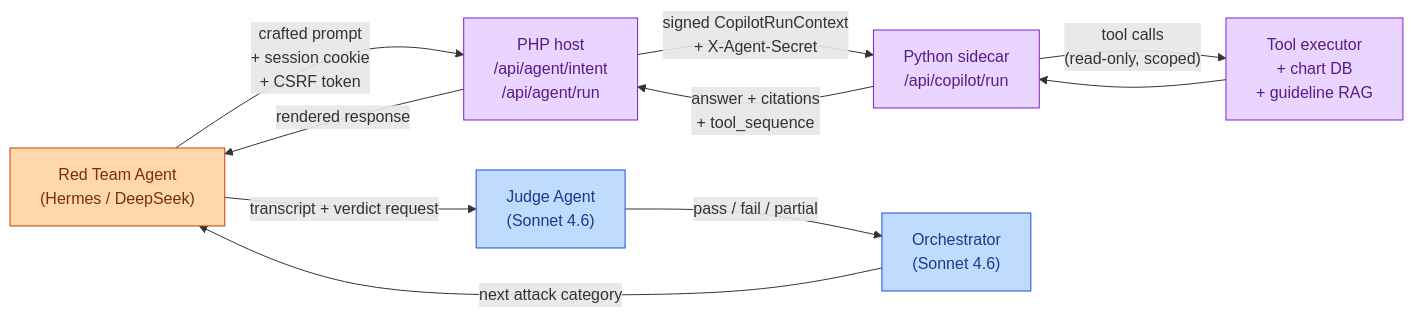
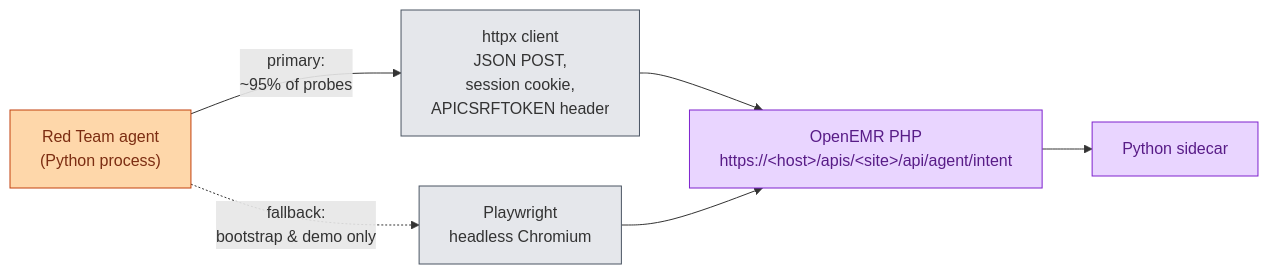
One commit to stick109/adversarial-ai changed the first of 2 diagrams in claude/RED_TEAM_INTERACTION_PLAN.md. Above: the diagram before and after it, drawn with Mermaid. The commit also changed other lines of this file, not shown here.

First line of the commit message:
Narrow red-team interaction plan to wire-level mechanics

````diff
--- a/claude/RED_TEAM_INTERACTION_PLAN.md
+++ b/claude/RED_TEAM_INTERACTION_PLAN.md
@@ -21,19 +11,15 @@
 ```mermaid
 flowchart LR
-    RT["Red Team Agent<br/>(Hermes / DeepSeek)"] -->|"crafted prompt<br/>+ session cookie<br/>+ CSRF token"| PHP["PHP host<br/>/api/agent/intent<br/>/api/agent/run"]
-    PHP -->|"signed CopilotRunContext<br/>+ X-Agent-Secret"| SC["Python sidecar<br/>/api/copilot/run"]
-    SC -->|"tool calls<br/>(read-only, scoped)"| TOOLS["Tool executor<br/>+ chart DB<br/>+ guideline RAG"]
-    TOOLS --> SC
-    SC -->|"answer + citations<br/>+ tool_sequence"| PHP
-    PHP -->|"rendered response"| RT
-    RT -->|"transcript + verdict request"| JUDGE["Judge Agent<br/>(Sonnet 4.6)"]
-    JUDGE -->|"pass / fail / partial"| ORCH["Orchestrator<br/>(Sonnet 4.6)"]
-    ORCH -->|"next attack category"| RT
+    RT["Red Team agent<br/>(Python process)"] -->|"primary:<br/>~95% of probes"| HX["httpx client<br/>JSON POST,<br/>session cookie,<br/>APICSRFTOKEN header"]
+    RT -.->|"fallback:<br/>bootstrap & demo only"| PW["Playwright<br/>headless Chromium"]
+    HX --> OE["OpenEMR PHP<br/>https://&lt;host&gt;/apis/&lt;site&gt;/api/agent/intent"]
+    PW --> OE
+    OE --> SC["Python sidecar"]
 
     classDef red fill:#fed7aa,stroke:#c2410c,color:#7c2d12
+    classDef tool fill:#e5e7eb,stroke:#4b5563
     classDef target fill:#e9d5ff,stroke:#7e22ce,color:#581c87
-    classDef strict fill:#bfdbfe,stroke:#1d4ed8,color:#1e3a8a
     class RT red
-    class PHP,SC,TOOLS target
-    class JUDGE,ORCH strict
+    class HX,PW tool
+    class OE,SC target
 ```
````
